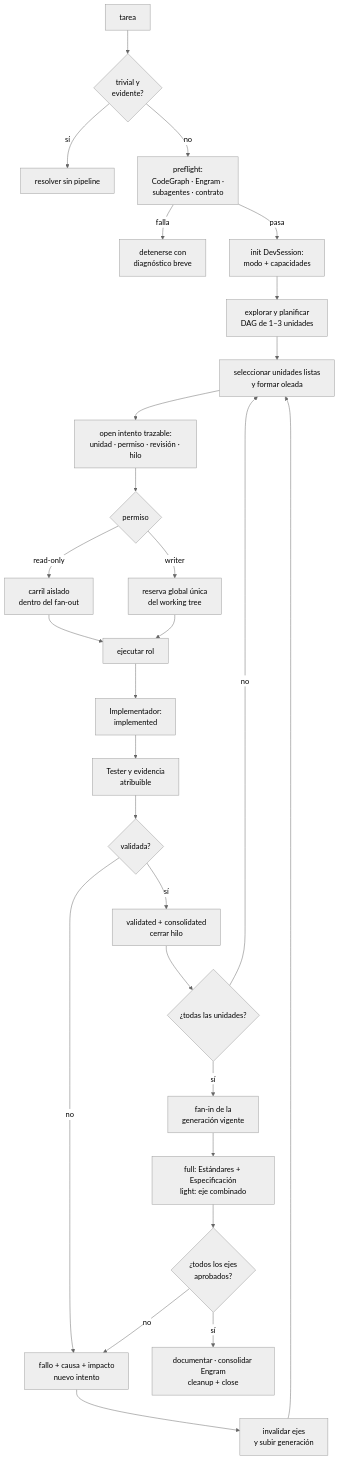
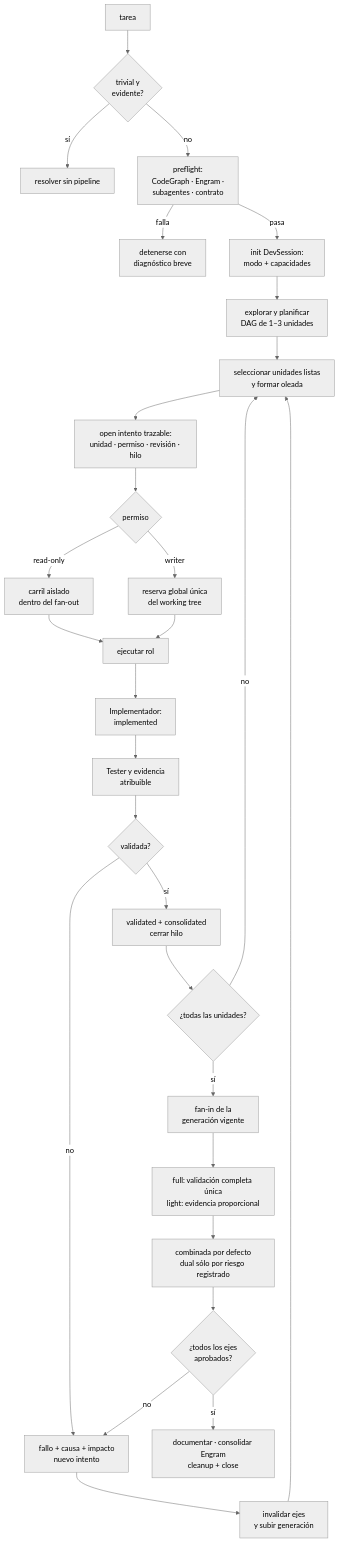
The fourth of 4 diagrams in docs/arquitectura.md (KroxiDev/agentic-layer), drawn with Mermaid (neutral theme) before and after one commit. The commit also changed other lines of this file and 21 other files, not shown here.

````diff
--- a/docs/arquitectura.md
+++ b/docs/arquitectura.md
@@ -239,30 +239,31 @@
 ```mermaid
 flowchart TD
     task["tarea"] --> triv{"trivial y<br/>evidente?"}
     triv -->|sí| direct["resolver sin pipeline"]
     triv -->|no| pre["preflight:<br/>CodeGraph · Engram ·<br/>subagentes · contrato"]
     pre -->|falla| stop["detenerse con<br/>diagnóstico breve"]
     pre -->|pasa| sess["init DevSession:<br/>modo + capacidades"]
     sess --> plan["explorar y planificar<br/>DAG de 1–3 unidades"]
     plan --> ready["seleccionar unidades listas<br/>y formar oleada"]
     ready --> open["open intento trazable:<br/>unidad · permiso · revisión · hilo"]
     open --> perm{"permiso"}
     perm -->|read-only| lane["carril aislado<br/>dentro del fan-out"]
     perm -->|writer| lock["reserva global única<br/>del working tree"]
     lane --> work["ejecutar rol"]
     lock --> work
     work --> impl["Implementador:<br/>implemented"]
     impl --> test["Tester y evidencia<br/>atribuible"]
     test --> green{"validada?"}
     green -->|no| rework["fallo + causa + impacto<br/>nuevo intento"]
     rework --> invalidate["invalidar ejes<br/>y subir generación"]
     invalidate --> ready
     green -->|sí| consolidated["validated + consolidated<br/>cerrar hilo"]
     consolidated --> all{"¿todas las unidades?"}
     all -->|no| ready
     all -->|sí| fanin["fan-in de la<br/>generación vigente"]
-    fanin --> axes["full: Estándares + Especificación<br/>light: eje combinado"]
+    fanin --> fulltest["full: validación completa única<br/>light: evidencia proporcional"]
+    fulltest --> axes["combinada por defecto<br/>dual sólo por riesgo registrado"]
     axes --> approved{"¿todos los ejes<br/>aprobados?"}
     approved -->|no| rework
     approved -->|sí| close["documentar · consolidar Engram<br/>cleanup + close"]
 ```
````
